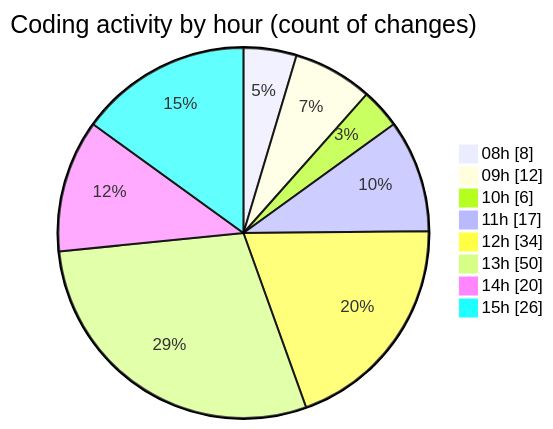
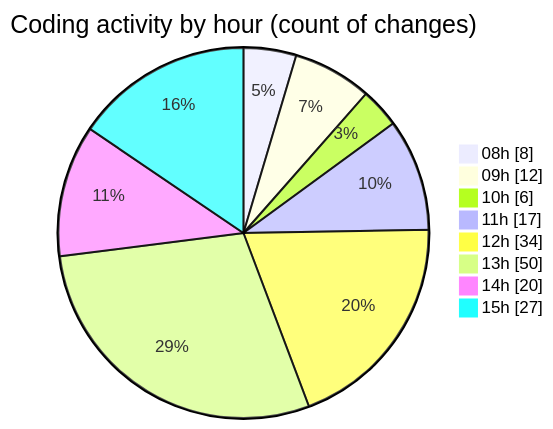
Before and after one commit to momahboobian/code-tracking: the second of 2 diagrams in 2025-09-15/cda/README.md, drawn with Mermaid. The commit also changed other lines of this file and 1 other file, not shown here.

````diff
--- a/2025-09-15/cda/README.md
+++ b/2025-09-15/cda/README.md
@@ -35,12 +35,12 @@
 ```mermaid
 pie showData
 title Coding activity by hour (count of changes)
 "08h" : 8
 "09h" : 12
 "10h" : 6
 "11h" : 17
 "12h" : 34
 "13h" : 50
 "14h" : 20
-"15h" : 26
+"15h" : 27
 ```
````
